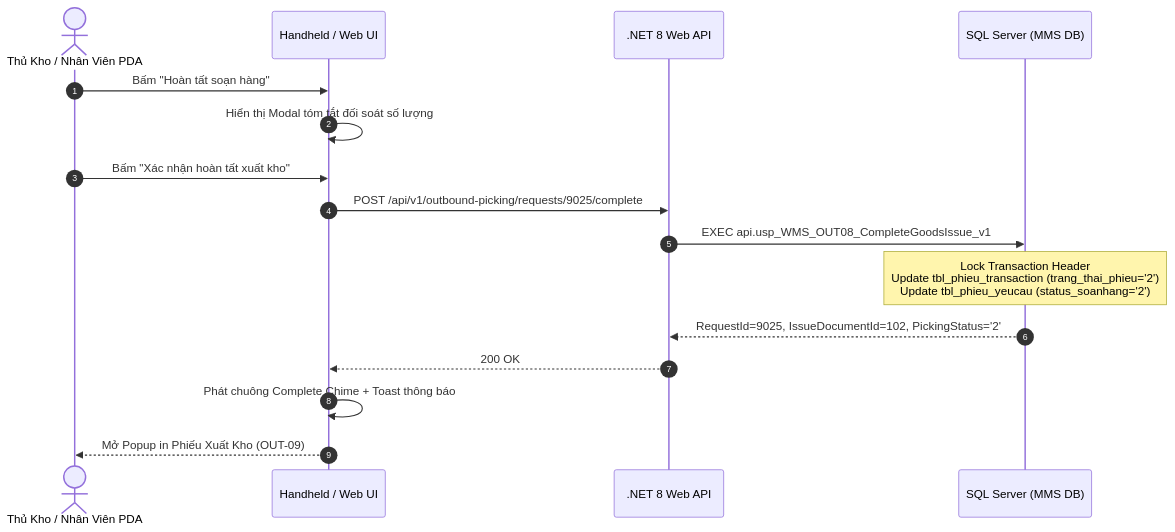
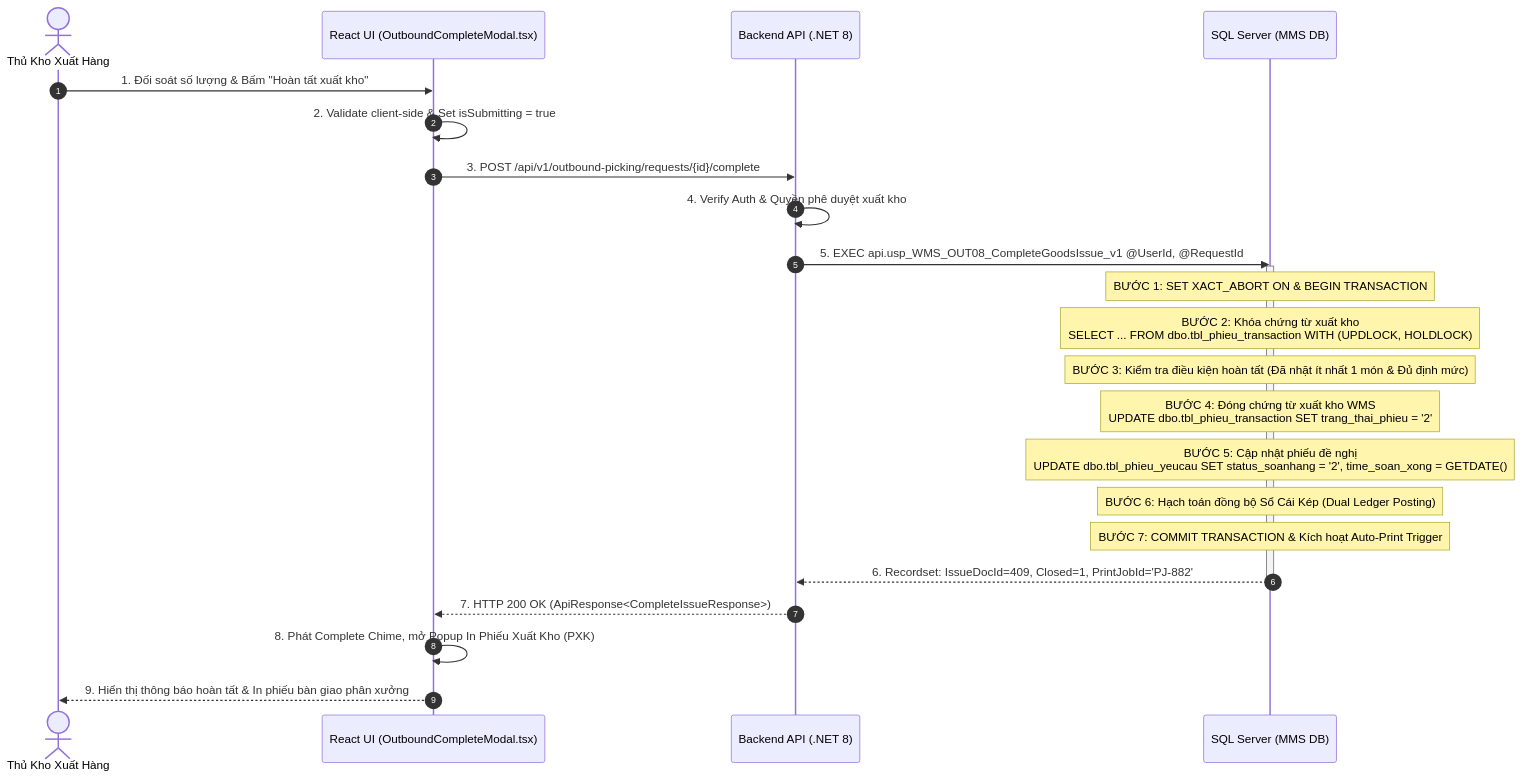
One commit to Sohoa-KNSG/mms changed the third of 4 diagrams in docs/03-use-cases/UC-23_OUT-08.md. Above: the diagram before and after it, drawn with Mermaid. The commit also changed other lines of this file and 18 other files, not shown here.

Commit message:
docs: add internal Stored Procedure execution order and transaction logic steps to Sequence Diagrams across all use cases

````diff
--- a/docs/03-use-cases/UC-23_OUT-08.md
+++ b/docs/03-use-cases/UC-23_OUT-08.md
@@ -141,19 +141,30 @@
 ```mermaid
 sequenceDiagram
     autonumber
-    actor Staff as Thủ Kho / Nhân Viên PDA
-    participant UI as Handheld / Web UI
-    participant API as .NET 8 Web API
+    actor User as Thủ Kho Xuất Hàng
+    participant UI as React UI (OutboundCompleteModal.tsx)
+    participant API as Backend API (.NET 8)
     participant DB as SQL Server (MMS DB)
 
-    Staff->>UI: Bấm "Hoàn tất soạn hàng"
-    UI->>UI: Hiển thị Modal tóm tắt đối soát số lượng
-    Staff->>UI: Bấm "Xác nhận hoàn tất xuất kho"
-    UI->>API: POST /api/v1/outbound-picking/requests/9025/complete
-    API->>DB: EXEC api.usp_WMS_OUT08_CompleteGoodsIssue_v1
-    Note over DB: Lock Transaction Header<br/>Update tbl_phieu_transaction (trang_thai_phieu='2')<br/>Update tbl_phieu_yeucau (status_soanhang='2')
-    DB-->>API: RequestId=9025, IssueDocumentId=102, PickingStatus='2'
-    API-->>UI: 200 OK
-    UI->>UI: Phát chuông Complete Chime + Toast thông báo
-    UI-->>Staff: Mở Popup in Phiếu Xuất Kho (OUT-09)
+    User->>UI: 1. Đối soát số lượng & Bấm "Hoàn tất xuất kho"
+    UI->>UI: 2. Validate client-side & Set isSubmitting = true
+    UI->>API: 3. POST /api/v1/outbound-picking/requests/{id}/complete
+    
+    API->>API: 4. Verify Auth & Quyền phê duyệt xuất kho
+    API->>DB: 5. EXEC api.usp_WMS_OUT08_CompleteGoodsIssue_v1 @UserId, @RequestId
+    
+    activate DB
+    Note over DB: BƯỚC 1: SET XACT_ABORT ON & BEGIN TRANSACTION
+    Note over DB: BƯỚC 2: Khóa chứng từ xuất kho<br/>SELECT ... FROM dbo.tbl_phieu_transaction WITH (UPDLOCK, HOLDLOCK)
+    Note over DB: BƯỚC 3: Kiểm tra điều kiện hoàn tất (Đã nhặt ít nhất 1 món & Đủ định mức)
+    Note over DB: BƯỚC 4: Đóng chứng từ xuất kho WMS<br/>UPDATE dbo.tbl_phieu_transaction SET trang_thai_phieu = '2'
+    Note over DB: BƯỚC 5: Cập nhật phiếu đề nghị<br/>UPDATE dbo.tbl_phieu_yeucau SET status_soanhang = '2', time_soan_xong = GETDATE()
+    Note over DB: BƯỚC 6: Hạch toán đồng bộ Sổ Cái Kép (Dual Ledger Posting)
+    Note over DB: BƯỚC 7: COMMIT TRANSACTION & Kích hoạt Auto-Print Trigger
+    DB-->>API: 6. Recordset: IssueDocId=409, Closed=1, PrintJobId='PJ-882'
+    deactivate DB
+
+    API-->>UI: 7. HTTP 200 OK (ApiResponse<CompleteIssueResponse>)
+    UI->>UI: 8. Phát Complete Chime, mở Popup In Phiếu Xuất Kho (PXK)
+    UI-->>User: 9. Hiển thị thông báo hoàn tất & In phiếu bàn giao phân xưởng
 ```
````
